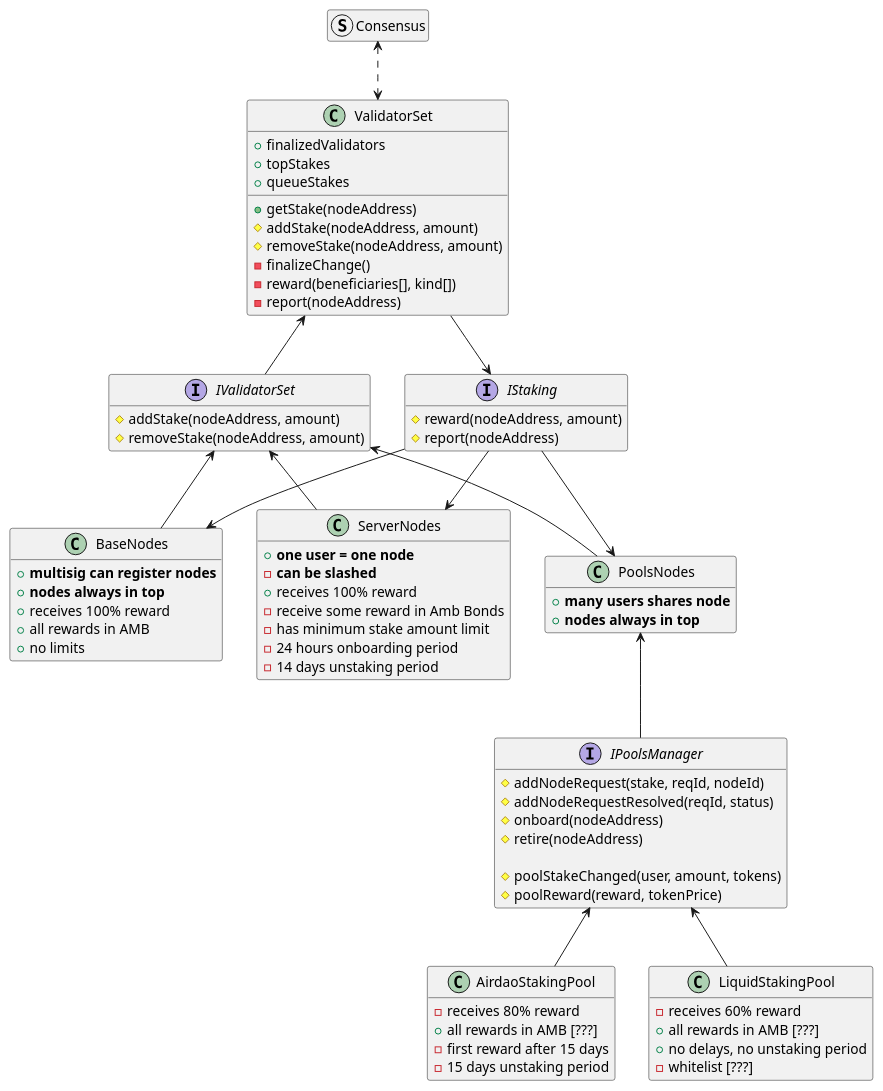
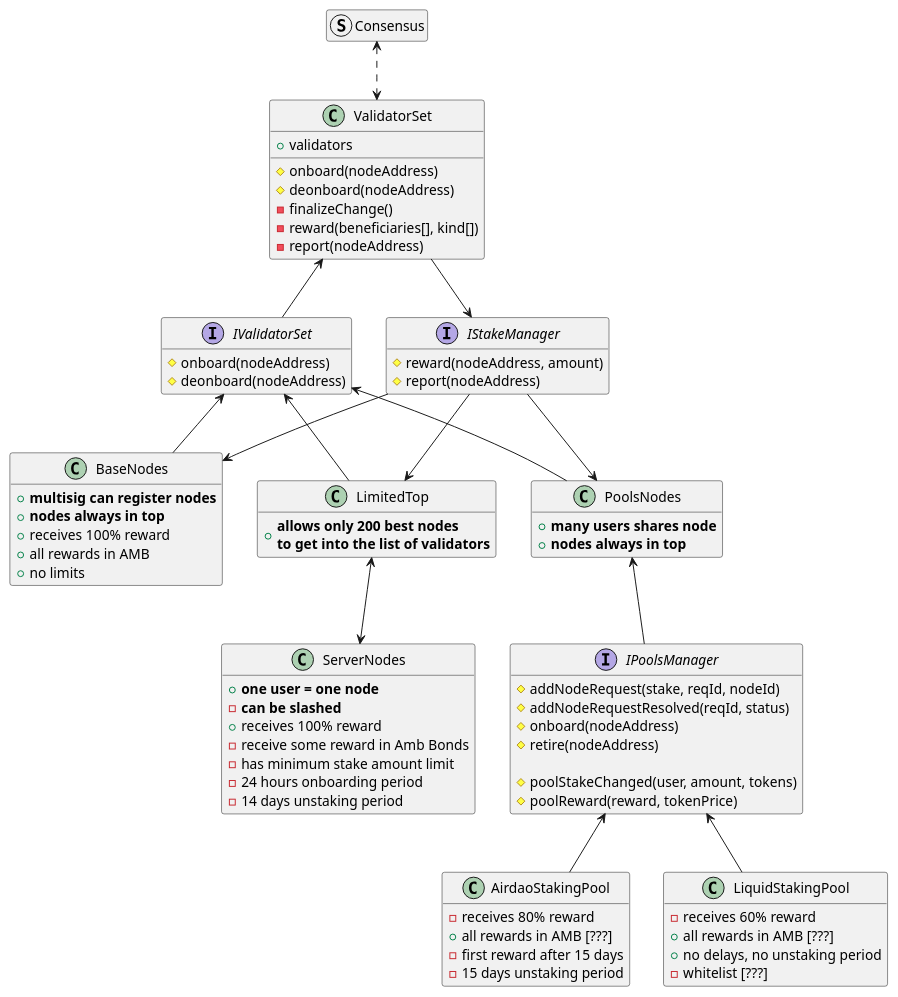
One commit to ambrosus/airdao-node-contracts changed the diagram in docs/staking.puml. Above: the diagram before and after it, drawn with PlantUML.

Commit message:
LimitedTop proposal

```diff
--- a/docs/staking.puml
+++ b/docs/staking.puml
@@ -1,99 +1,106 @@
 @startuml
 
 hide empty members
 
 
 struct Consensus {}
 
 class ValidatorSet {
-    +finalizedValidators
-    +topStakes
-    +queueStakes
+    +validators
 
-    +getStake(nodeAddress)
-    #addStake(nodeAddress, amount)
-    #removeStake(nodeAddress, amount)
+    #onboard(nodeAddress)
+    #deonboard(nodeAddress)
     -finalizeChange()
     -reward(beneficiaries[], kind[])
     -report(nodeAddress)
 }
 
 
 interface IValidatorSet {
-    #addStake(nodeAddress, amount)
-    #removeStake(nodeAddress, amount)
+    #onboard(nodeAddress)
+    #deonboard(nodeAddress)
 }
-interface IStaking {
+interface IStakeManager {
     #reward(nodeAddress, amount)
     #report(nodeAddress)
 }
 
 
 interface IPoolsManager {
     #addNodeRequest(stake, reqId, nodeId)
     #addNodeRequestResolved(reqId, status)
     #onboard(nodeAddress)
     #retire(nodeAddress)
 
     #poolStakeChanged(user, amount, tokens)
     #poolReward(reward, tokenPrice)
 }
 
 
 class BaseNodes {
     + **multisig can register nodes**
     + **nodes always in top**
     + receives 100% reward
     + all rewards in AMB
     + no limits
 }
+
+class LimitedTop {
+    + **allows only 200 best nodes **\n**to get into the list of validators**
+}
+
+
 
 class ServerNodes {
     + **one user = one node**
     - **can be slashed**
     + receives 100% reward
     - receive some reward in Amb Bonds
     - has minimum stake amount limit
     - 24 hours onboarding period
     - 14 days unstaking period
 }
 
 
 class PoolsNodes {
     + **many users shares node**
     + **nodes always in top**
 }
 
 class AirdaoStakingPool {
     - receives 80% reward
     + all rewards in AMB [???]
     - first reward after 15 days
     - 15 days unstaking period
 }
 
 class LiquidStakingPool {
     - receives 60% reward
     + all rewards in AMB [???]
     + no delays, no unstaking period
     - whitelist [???]
 }
 
 Consensus <.-> ValidatorSet
 
 
-ValidatorSet --> IStaking
+ValidatorSet --> IStakeManager
 ValidatorSet <-- IValidatorSet
 
-IStaking --> BaseNodes
-IStaking --> ServerNodes
-IStaking --> PoolsNodes
+IStakeManager --> BaseNodes
+IStakeManager --> LimitedTop
+IStakeManager --> PoolsNodes
 
 IValidatorSet <-- BaseNodes
-IValidatorSet <-- ServerNodes
+IValidatorSet <-- LimitedTop
 IValidatorSet <-- PoolsNodes
+
+
+LimitedTop <--> ServerNodes
+
 
 PoolsNodes <-- IPoolsManager
 IPoolsManager <-- AirdaoStakingPool
 IPoolsManager <-- LiquidStakingPool
 
 @enduml
```
